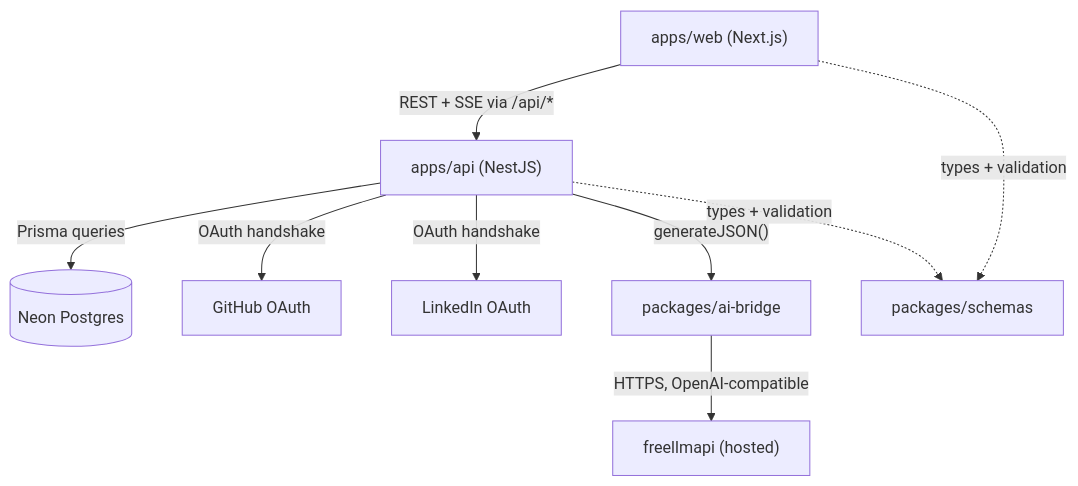
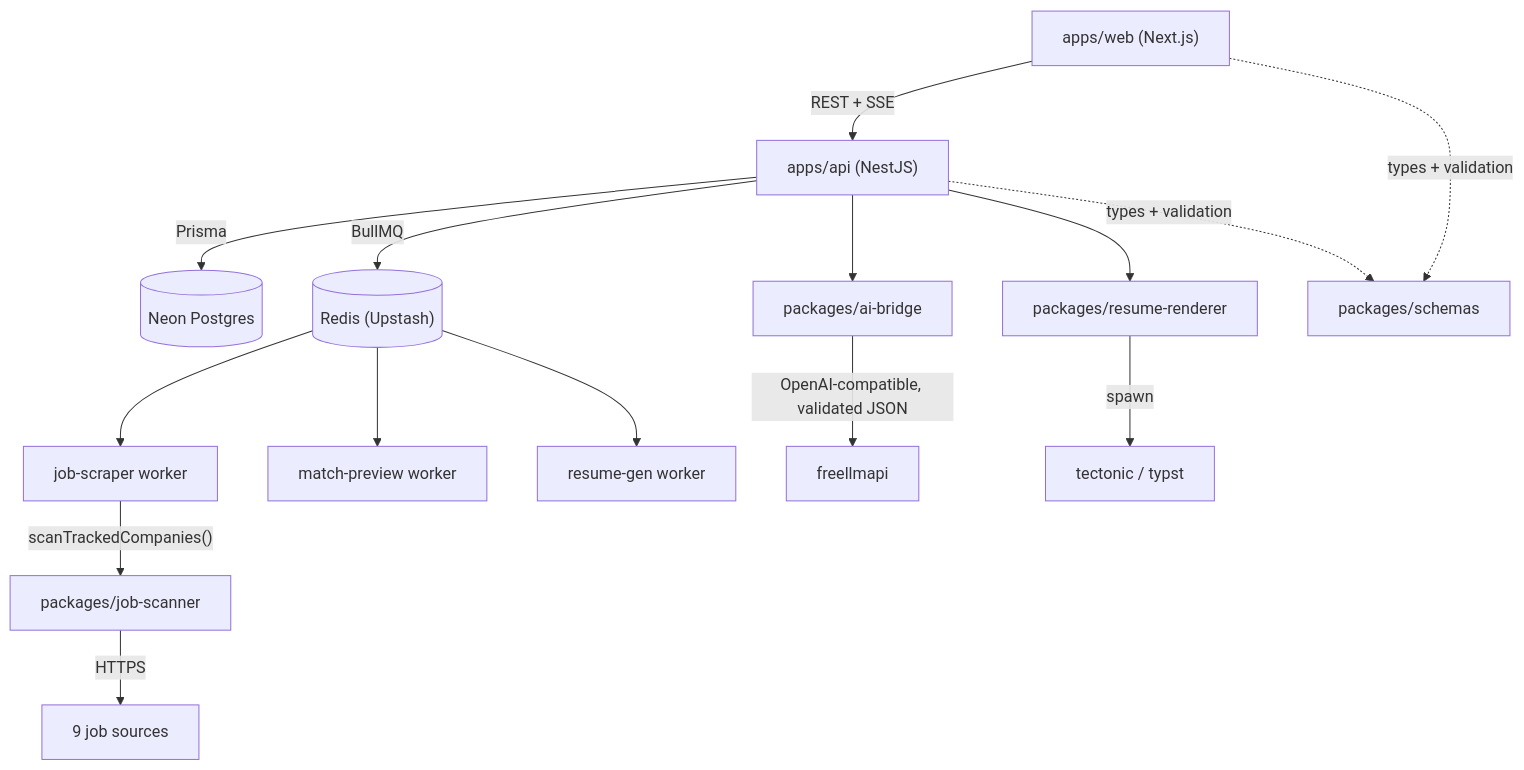
The first of 2 diagrams in README.md (yassine-krichen/resumiq-job-match-resume-engine), drawn with Mermaid before and after one commit. The commit also changed other lines of this file and 4 other files, not shown here.

````diff
--- a/README.md
+++ b/README.md
@@ -44,11 +56,17 @@
 ```mermaid
 graph TD
-  Web["apps/web (Next.js)"] -->|"REST + SSE via /api/*"| API["apps/api (NestJS)"]
-  API -->|"Prisma queries"| DB[("Neon Postgres")]
-  API -->|"OAuth handshake"| GitHub["GitHub OAuth"]
-  API -->|"OAuth handshake"| LinkedIn["LinkedIn OAuth"]
-  API -->|"generateJSON()"| Bridge["packages/ai-bridge"]
-  Bridge -->|"HTTPS, OpenAI-compatible"| FreeLLM["freellmapi (hosted)"]
-  API -.->|"types + validation"| Schemas["packages/schemas"]
-  Web -.->|"types + validation"| Schemas
+  Web["apps/web (Next.js)"] -->|"REST + SSE"| API["apps/api (NestJS)"]
+  API -->|"Prisma"| DB[("Neon Postgres")]
+  API -->|"BullMQ"| Q[("Redis (Upstash)")]
+  Q --> SC["job-scraper worker"]
+  Q --> MP["match-preview worker"]
+  Q --> RG["resume-gen worker"]
+  SC -->|"scanTrackedCompanies()"| JS["packages/job-scanner"]
+  JS -->|"HTTPS"| Boards["9 job sources"]
+  API --> AB["packages/ai-bridge"]
+  AB -->|"OpenAI-compatible, validated JSON"| LLM["freellmapi"]
+  API --> RR["packages/resume-renderer"]
+  RR -->|"spawn"| T["tectonic / typst"]
+  API -.->|"types + validation"| SCH["packages/schemas"]
+  Web -.->|"types + validation"| SCH
 ```
````
